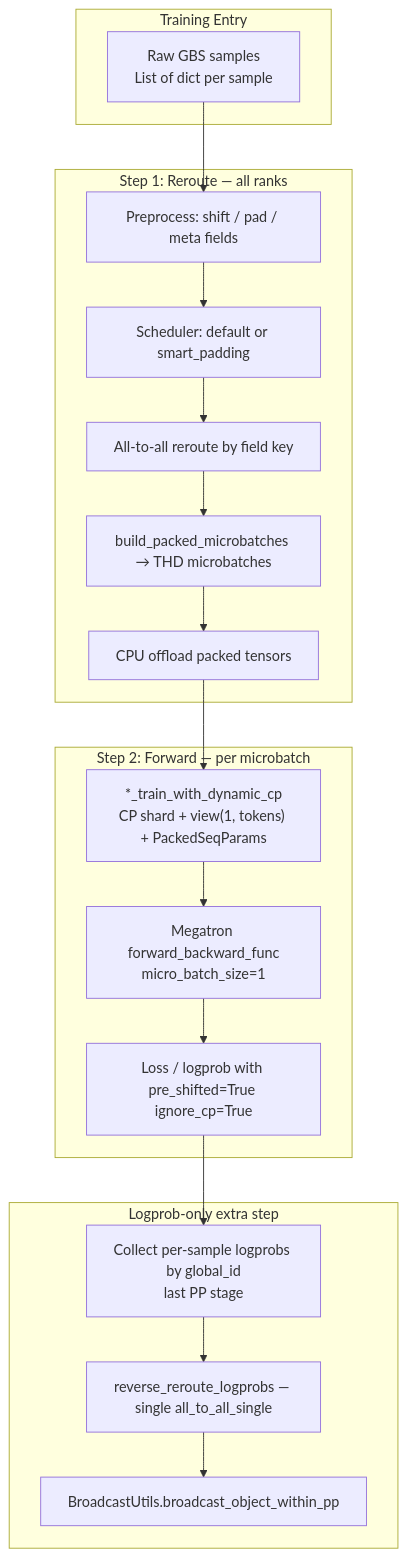
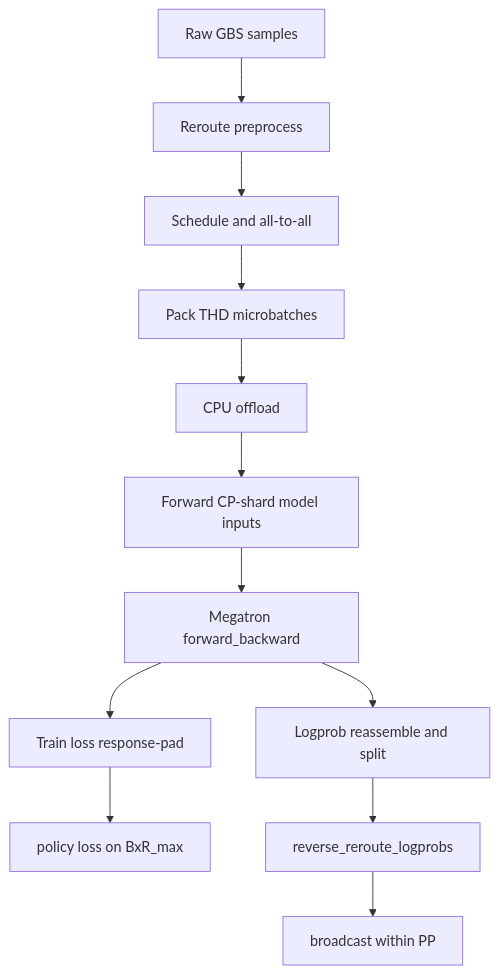
One commit to Tencent/G-Core-GH changed the diagram in docs/source/dynamic_cp.md. Above: the diagram before and after it, drawn with Mermaid. The commit also changed other lines of this file and 517 other files, not shown here.

````diff
--- a/docs/source/dynamic_cp.md
+++ b/docs/source/dynamic_cp.md
@@ -41,29 +67,14 @@
 ```mermaid
-flowchart TB
-    subgraph entry [Training Entry]
-        A[Raw GBS samples<br/>List of dict per sample]
-    end
-
-    subgraph reroute [Step 1: Reroute — all ranks]
-        B[Preprocess: shift / pad / meta fields]
-        C[Scheduler: default or smart_padding]
-        D[All-to-all reroute by field key]
-        E[build_packed_microbatches → THD microbatches]
-        F[CPU offload packed tensors]
-    end
-
-    subgraph forward [Step 2: Forward — per microbatch]
-        G["*_train_with_dynamic_cp<br/>CP shard + view(1, tokens) + PackedSeqParams"]
-        H[Megatron forward_backward_func<br/>micro_batch_size=1]
-        I[Loss / logprob with pre_shifted=True ignore_cp=True]
-    end
-
-    subgraph logprob_only [Logprob-only extra step]
-        J[Collect per-sample logprobs by global_id<br/>last PP stage]
-        K[reverse_reroute_logprobs — single all_to_all_single]
-        L[BroadcastUtils.broadcast_object_within_pp]
-    end
-
-    A --> B --> C --> D --> E --> F --> G --> H --> I
-    I --> J --> K --> L
+graph TD
+  A[Raw GBS samples] --> B[Reroute preprocess]
+  B --> C[Schedule and all-to-all]
+  C --> D[Pack THD microbatches]
+  D --> E[CPU offload]
+  E --> F[Forward CP-shard model inputs]
+  F --> G[Megatron forward_backward]
+  G --> H[Train loss response-pad]
+  H --> I[policy loss on BxR_max]
+  G --> J[Logprob reassemble and split]
+  J --> K[reverse_reroute_logprobs]
+  K --> L[broadcast within PP]
 ```
````
